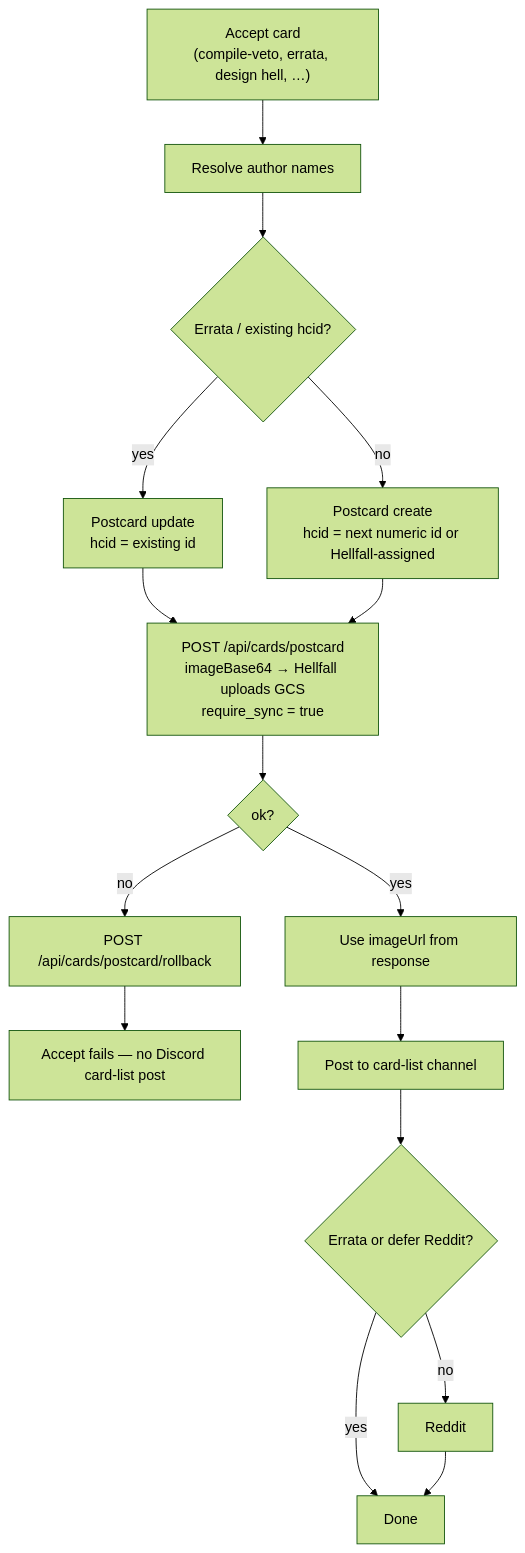
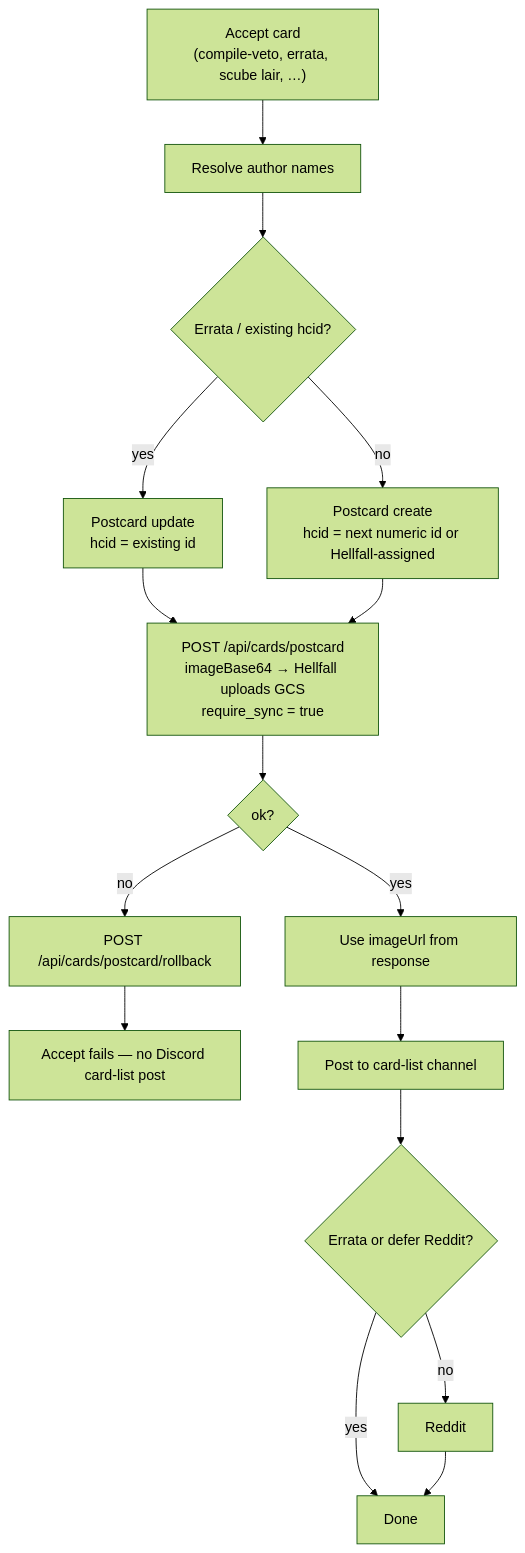
The third of 7 diagrams in docs/card-flows/post-sheets.md (bones-bones/mork), drawn with Mermaid (forest theme) before and after one commit. The commit also changed other lines of this file and 86 other files, not shown here.

````diff
--- a/docs/card-flows/post-sheets.md
+++ b/docs/card-flows/post-sheets.md
@@ -77,20 +77,20 @@
 ```mermaid
 flowchart TD
-  IN["Accept card<br/>(compile-veto, errata, design hell, …)"] --> RES["Resolve author names"]
+  IN["Accept card<br/>(compile-veto, errata, scube lair, …)"] --> RES["Resolve author names"]
   RES --> ID{"Errata / existing hcid?"}
   ID -->|yes| UPD["Postcard update<br/>hcid = existing id"]
   ID -->|no| NEW["Postcard create<br/>hcid = next numeric id or Hellfall-assigned"]
 
   UPD --> PC
   NEW --> PC
   PC["POST /api/cards/postcard<br/>imageBase64 → Hellfall uploads GCS<br/>require_sync = true"]
   PC --> OK{"ok?"}
   OK -->|no| RB["POST /api/cards/postcard/rollback"]
   RB --> FAIL["Accept fails — no Discord card-list post"]
   OK -->|yes| URL["Use imageUrl from response"]
   URL --> CL["Post to card-list channel"]
   CL --> RD{"Errata or defer Reddit?"}
   RD -->|no| RED["Reddit"]
   RD -->|yes| DONE["Done"]
   RED --> DONE
 ```
````
